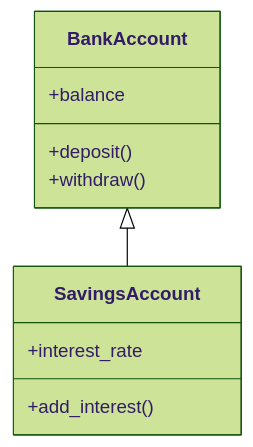
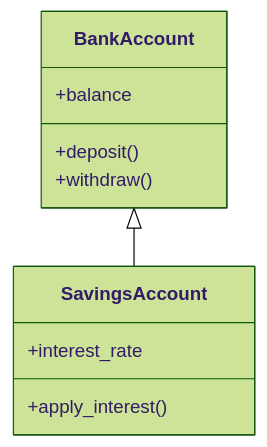
The third of 3 diagrams in FULL_STACK_PYTHON/03_Advanced_Python/03_OOP.md (kyedumati/FS_MATERIAL_KASI), drawn with Mermaid (forest theme) before and after one commit. The commit also changed other lines of this file and 33 other files, not shown here.

````diff
--- a/FULL_STACK_PYTHON/03_Advanced_Python/03_OOP.md
+++ b/FULL_STACK_PYTHON/03_Advanced_Python/03_OOP.md
@@ -551,13 +608,13 @@
 ```mermaid
 classDiagram
   class BankAccount {
     +balance
     +deposit()
     +withdraw()
   }
   class SavingsAccount {
     +interest_rate
-    +add_interest()
+    +apply_interest()
   }
   BankAccount <|-- SavingsAccount
 ```
````
